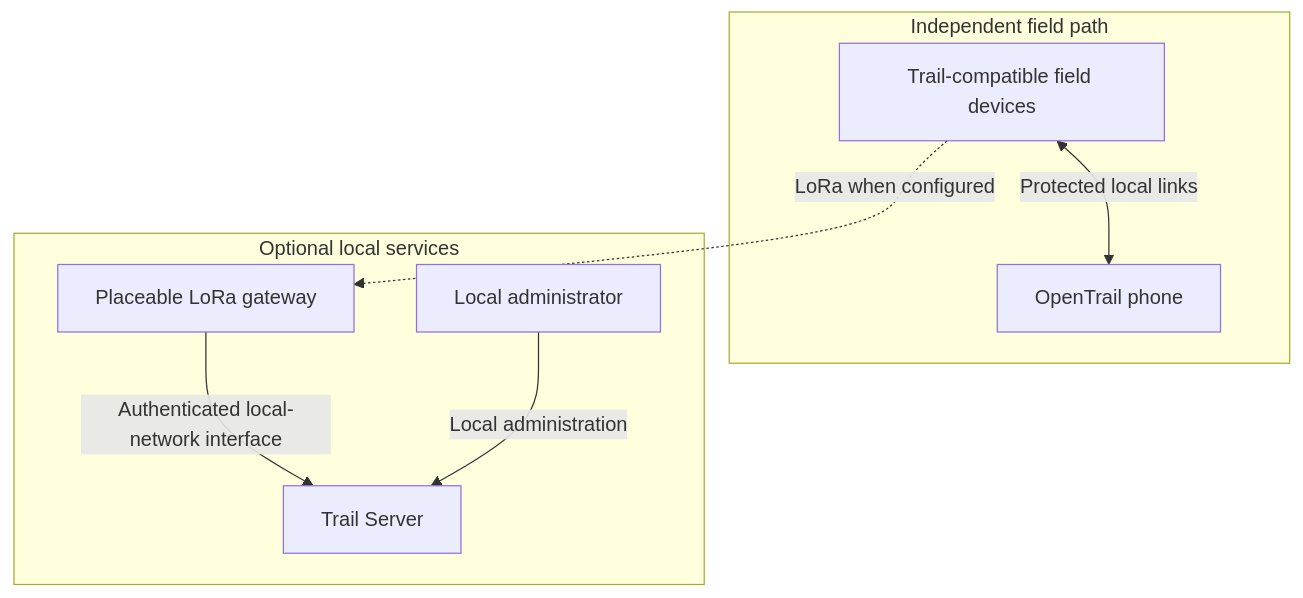
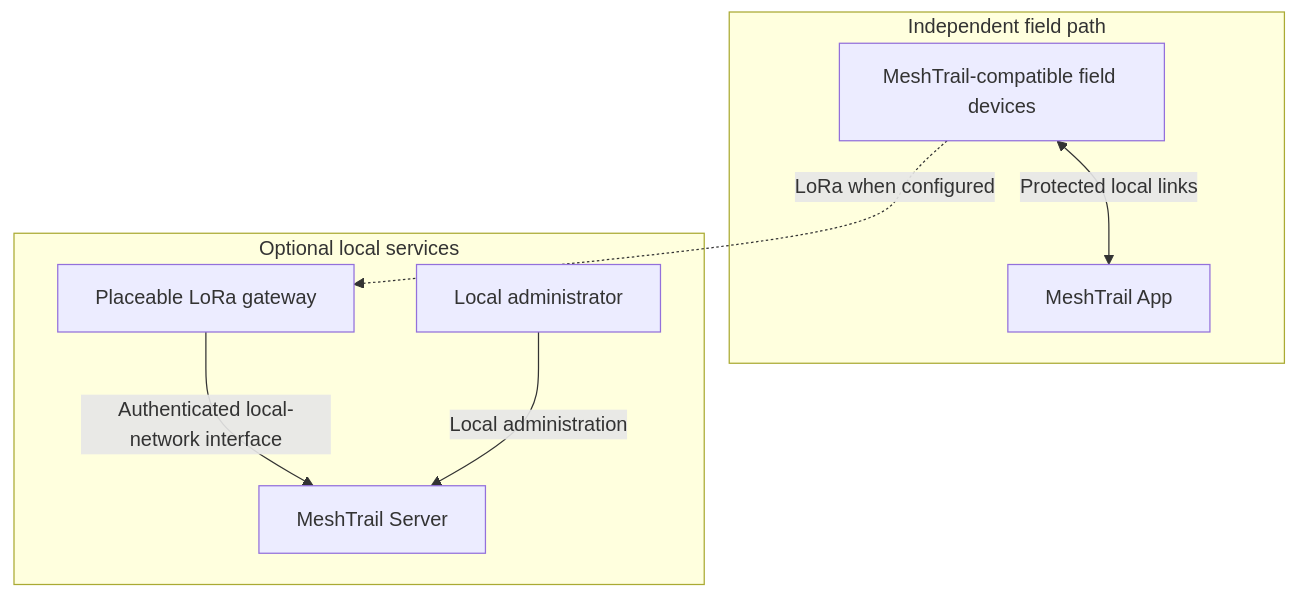
One commit to Limited-Underground/Trail-Server-Progress changed the diagram in docs/ARCHITECTURE.md. Above: the diagram before and after it, drawn with Mermaid. The commit also changed other lines of this file and 7 other files, not shown here.

Commit message:
Use MeshTrail names in the public server docs

````diff
--- a/docs/ARCHITECTURE.md
+++ b/docs/ARCHITECTURE.md
@@ -6,18 +6,18 @@
 ```mermaid
 flowchart TB
     subgraph Field[Independent field path]
-        D[Trail-compatible field devices]
-        P[OpenTrail phone]
+        D[MeshTrail-compatible field devices]
+        P[MeshTrail App]
         D <-->|Protected local links| P
     end
 
     subgraph Optional[Optional local services]
         G[Placeable LoRa gateway]
-        S[Trail Server]
+        S[MeshTrail Server]
         U[Local administrator]
         G -->|Authenticated local-network interface| S
         U -->|Local administration| S
     end
 
     D -. LoRa when configured .-> G
 ```
````
